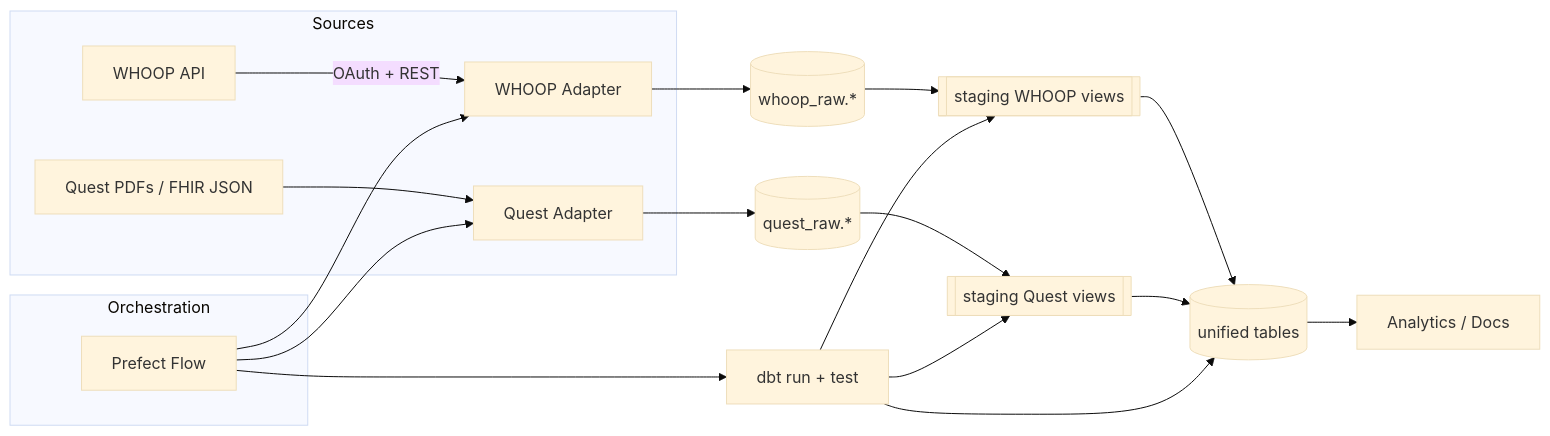
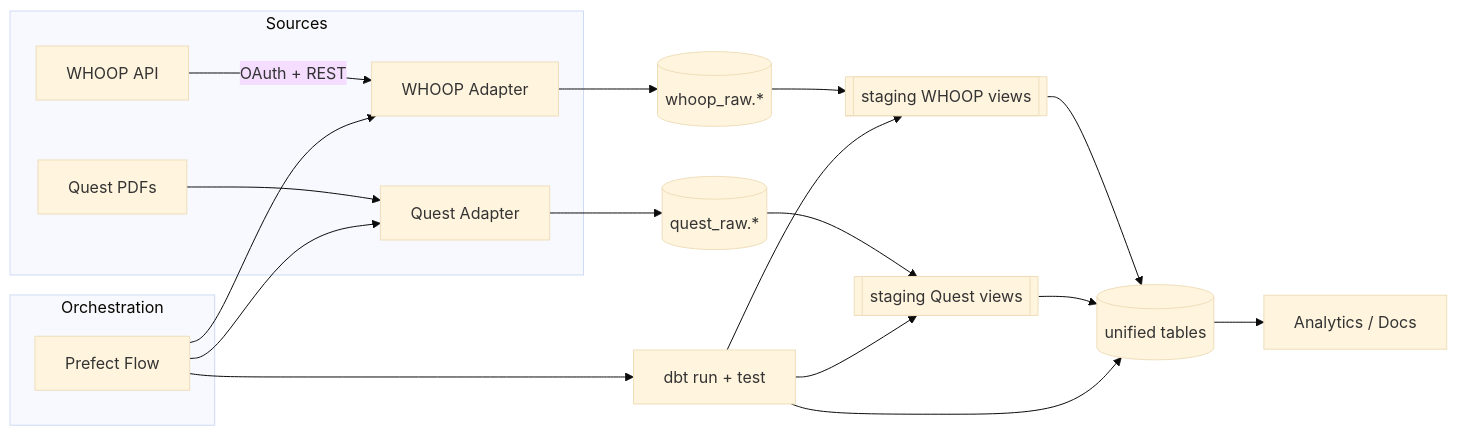
One commit to danbourguet/Health-Data-Agg changed the diagram in README.md. Above: the diagram before and after it, drawn with Mermaid (base theme). The commit also changed other lines of this file and 3 other files, not shown here.

Commit message:
Refactor Quest ingestion to support PDF-only processing. Update CLI commands and remove JSON/NDJSON handling. Revise README for clarity on Quest PDF ingestion.

````diff
--- a/README.md
+++ b/README.md
@@ -18,23 +18,23 @@
 ```mermaid
 flowchart LR
   subgraph Sources
     W[WHOOP API] -->|OAuth + REST| A1[WHOOP Adapter]
-    Q[Quest PDFs / FHIR JSON] --> A2[Quest Adapter]
+  Q[Quest PDFs] --> A2[Quest Adapter]
   end
   A1 --> R1[(whoop_raw.*)]
   A2 --> R2[(quest_raw.*)]
   R1 --> S1[[staging WHOOP views]]
   R2 --> S2[[staging Quest views]]
   S1 --> U[(unified tables)]
   S2 --> U
   U --> AN[Analytics / Docs]
   subgraph Orchestration
     PF[Prefect Flow]
   end
   PF --> A1
   PF --> A2
   PF --> DBT[dbt run + test]
   DBT --> S1
   DBT --> S2
   DBT --> U
 ```
````
